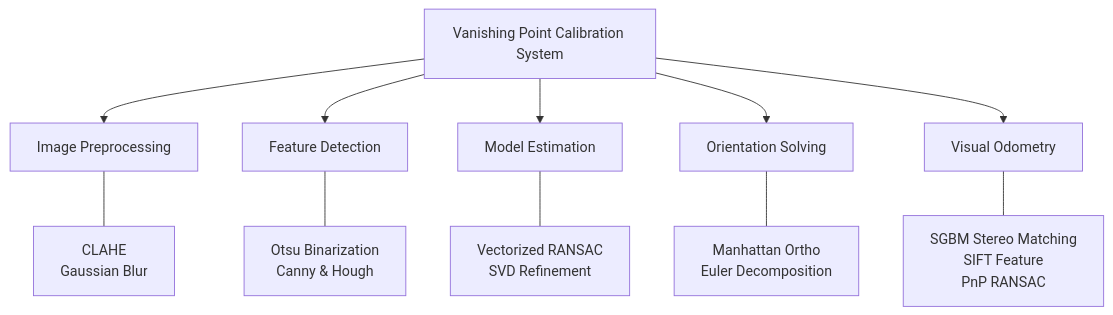
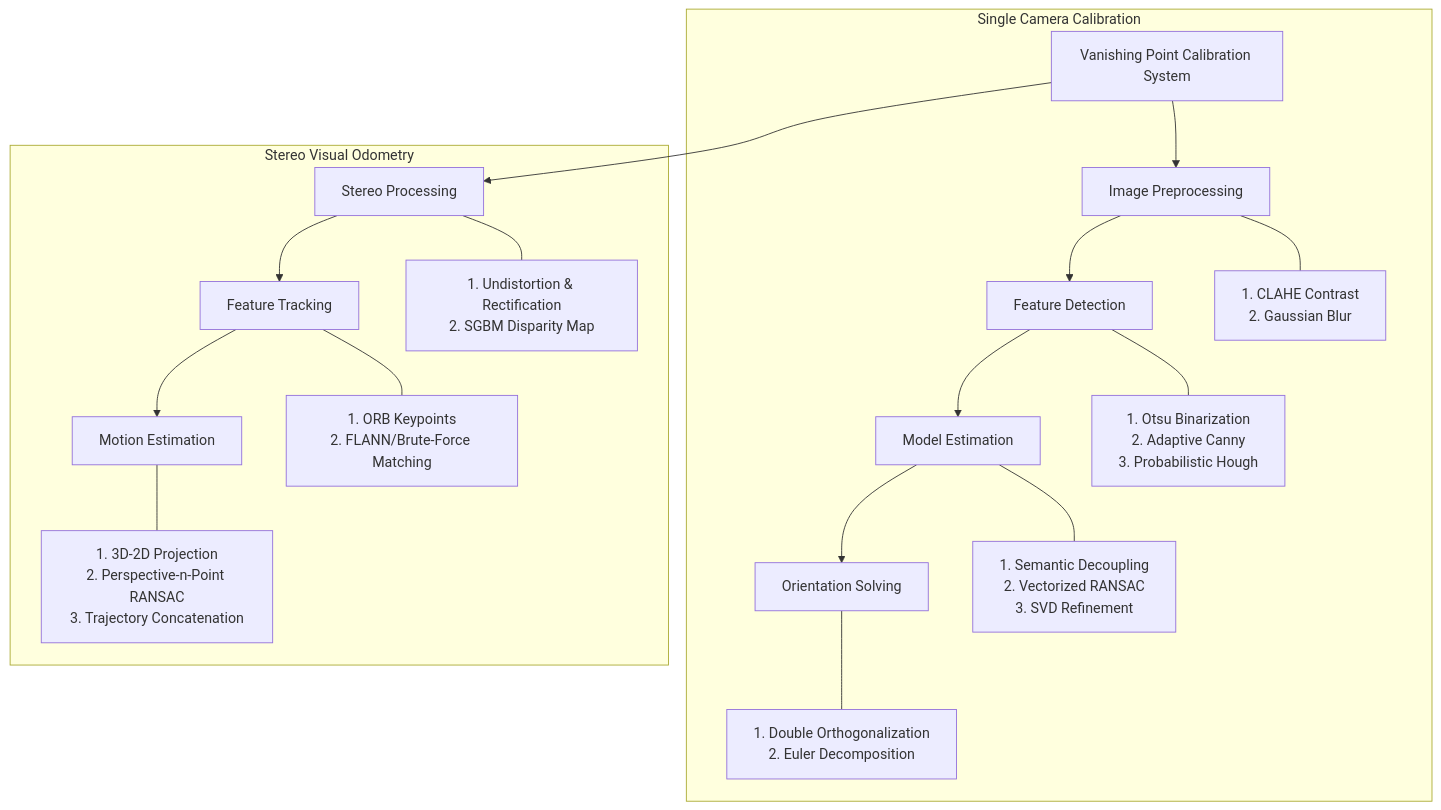
The first of 2 diagrams in README.md (hank921109/114-2-Phone_Camera_Attitude), drawn with Mermaid before and after one commit. The commit also changed other lines of this file, not shown here.

Commit message:
docs: refine README breakdown and add KITTI error table
- Further decoupled the Algorithm Breakdown Mermaid chart into Single Camera Calibration and Stereo Visual Odometry subgraphs for finer detail.
- Added a markdown data table under the Stereo Visual Odometry section to explicitly display the ATE, RPE, and MAE error metrics alongside the y, r, p note.

````diff
--- a/README.md
+++ b/README.md
@@ -32,17 +32,26 @@
 ```mermaid
 graph TD
     System[Vanishing Point Calibration System]
     
-    System --> PRE[Image Preprocessing]
-    System --> DET[Feature Detection]
-    System --> RAN[Model Estimation]
-    System --> POS[Orientation Solving]
+    subgraph Single Camera Calibration
+        System --> PRE[Image Preprocessing]
+        PRE --> DET[Feature Detection]
+        DET --> RAN[Model Estimation]
+        RAN --> POS[Orientation Solving]
 
-    PRE --- PRE_Desc["CLAHE<br/>Gaussian Blur"]
-    DET --- DET_Desc["Otsu Binarization<br/>Canny & Hough"]
-    RAN --- RAN_Desc["Vectorized RANSAC<br/>SVD Refinement"]
-    POS --- POS_Desc["Manhattan Ortho<br/>Euler Decomposition"]
+        PRE --- PRE_Desc["1. CLAHE Contrast<br/>2. Gaussian Blur"]
+        DET --- DET_Desc["1. Otsu Binarization<br/>2. Adaptive Canny<br/>3. Probabilistic Hough"]
+        RAN --- RAN_Desc["1. Semantic Decoupling<br/>2. Vectorized RANSAC<br/>3. SVD Refinement"]
+        POS --- POS_Desc["1. Double Orthogonalization<br/>2. Euler Decomposition"]
+    end
 
-    System --> VO[Visual Odometry]
-    VO --- VO_Desc["SGBM Stereo Matching<br/>SIFT Feature<br/>PnP RANSAC"]
+    subgraph Stereo Visual Odometry
+        System --> VO_PRE[Stereo Processing]
+        VO_PRE --> VO_FEAT[Feature Tracking]
+        VO_FEAT --> VO_MOT[Motion Estimation]
+        
+        VO_PRE --- VO_PRE_Desc["1. Undistortion & Rectification<br/>2. SGBM Disparity Map"]
+        VO_FEAT --- VO_FEAT_Desc["1. ORB Keypoints<br/>2. FLANN/Brute-Force Matching"]
+        VO_MOT --- VO_MOT_Desc["1. 3D-2D Projection<br/>2. Perspective-n-Point RANSAC<br/>3. Trajectory Concatenation"]
+    end
 ```
````
